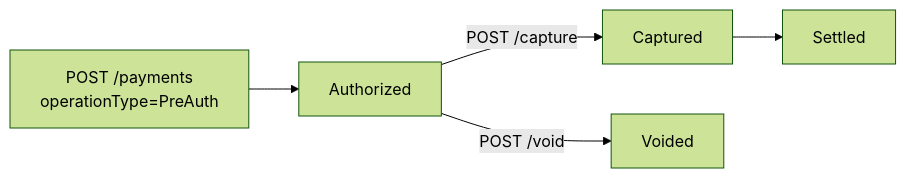
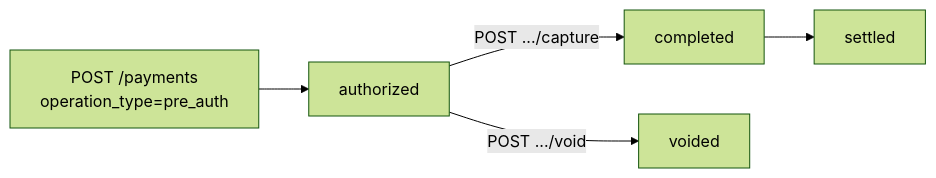
The diagram in sanal-pos/payments/pre-auth-capture.mdx (payment-pos/mintlify), drawn with Mermaid (forest theme) before and after one commit. The commit also changed other lines of this file and 45 other files, not shown here.

````diff
--- a/sanal-pos/payments/pre-auth-capture.mdx
+++ b/sanal-pos/payments/pre-auth-capture.mdx
@@ -17,7 +17,7 @@
 ```mermaid
 flowchart LR
-    A[POST /payments<br/>operationType=PreAuth] --> B[Authorized]
-    B -->|POST /capture| C[Captured]
-    B -->|POST /void| D[Voided]
-    C --> E[Settled]
+    A[POST /payments<br/>operation_type=pre_auth] --> B[authorized]
+    B -->|POST .../capture| C[completed]
+    B -->|POST .../void| D[voided]
+    C --> E[settled]
 ```
````
